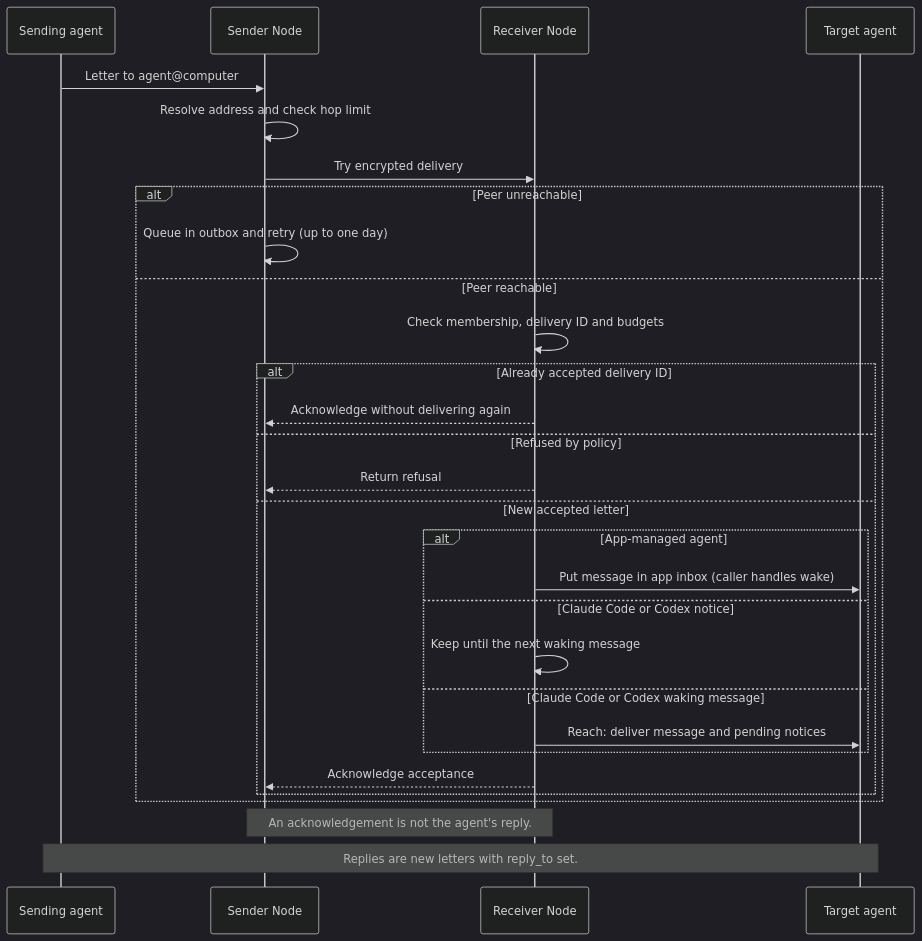
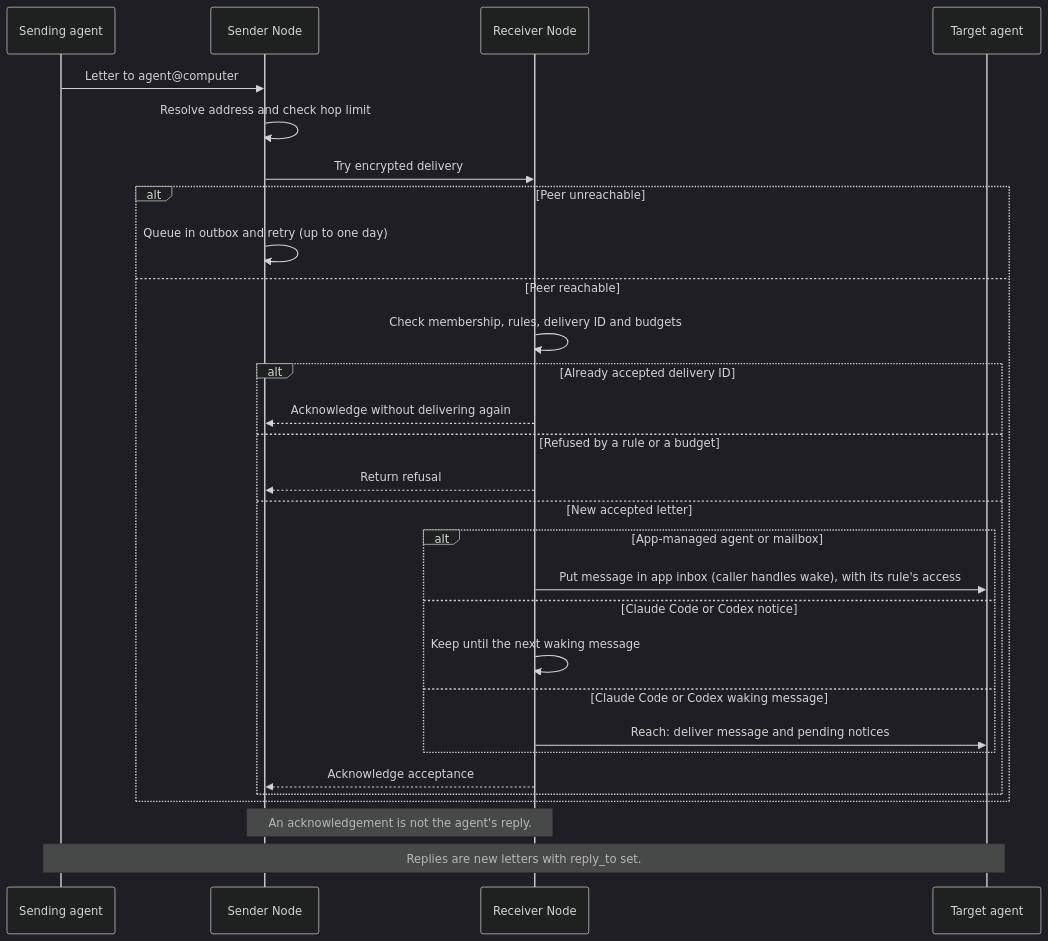
The diagram in host/crates/network/assets/message-flow.mmd (leepokai/Codync), drawn with Mermaid (dark theme) before and after one commit. The commit also changed 9 other files, not shown here.

```diff
--- a/host/crates/network/assets/message-flow.mmd
+++ b/host/crates/network/assets/message-flow.mmd
@@ -1,29 +1,29 @@
 sequenceDiagram
   participant A as Sending agent
   participant S as Sender Node
   participant R as Receiver Node
   participant T as Target agent
   A->>S: Letter to agent@computer
   S->>S: Resolve address and check hop limit
   S->>R: Try encrypted delivery
   alt Peer unreachable
     S->>S: Queue in outbox and retry (up to one day)
   else Peer reachable
-    R->>R: Check membership, delivery ID and budgets
+    R->>R: Check membership, rules, delivery ID and budgets
     alt Already accepted delivery ID
       R-->>S: Acknowledge without delivering again
-    else Refused by policy
+    else Refused by a rule or a budget
       R-->>S: Return refusal
     else New accepted letter
-      alt App-managed agent
-        R->>T: Put message in app inbox (caller handles wake)
+      alt App-managed agent or mailbox
+        R->>T: Put message in app inbox (caller handles wake), with its rule's access
       else Claude Code or Codex notice
         R->>R: Keep until the next waking message
       else Claude Code or Codex waking message
         R->>T: Reach: deliver message and pending notices
       end
       R-->>S: Acknowledge acceptance
     end
   end
   Note over S,R: An acknowledgement is not the agent's reply.
   Note over A,T: Replies are new letters with reply_to set.
```
